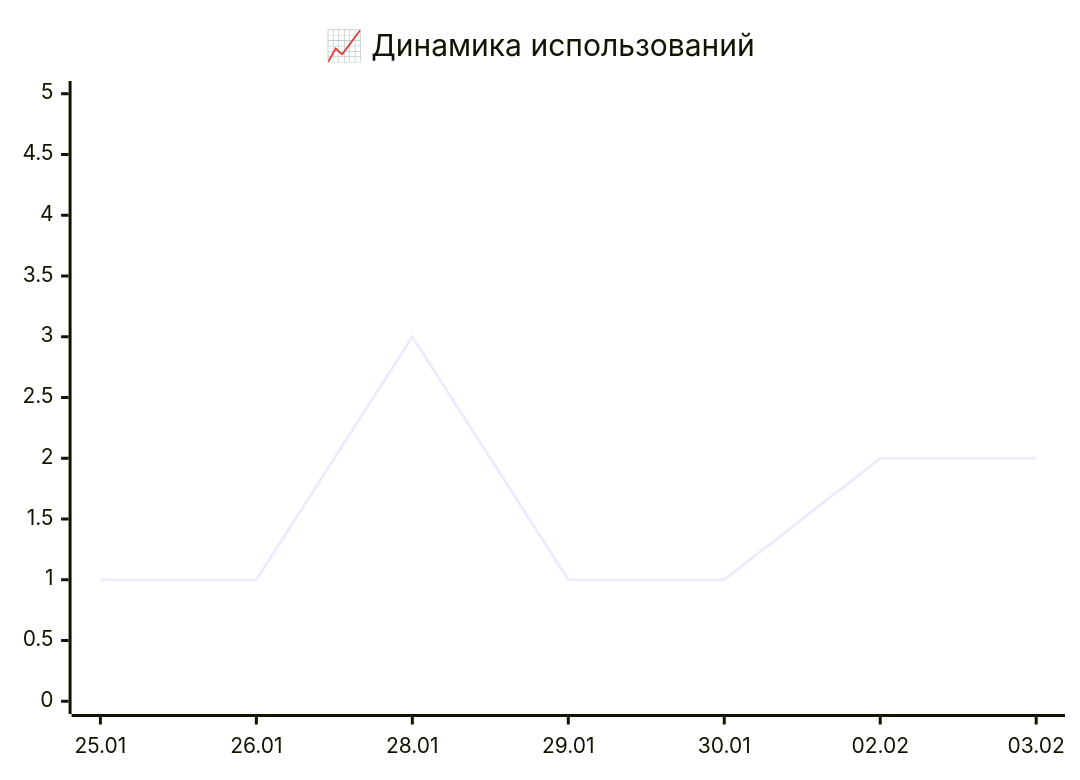
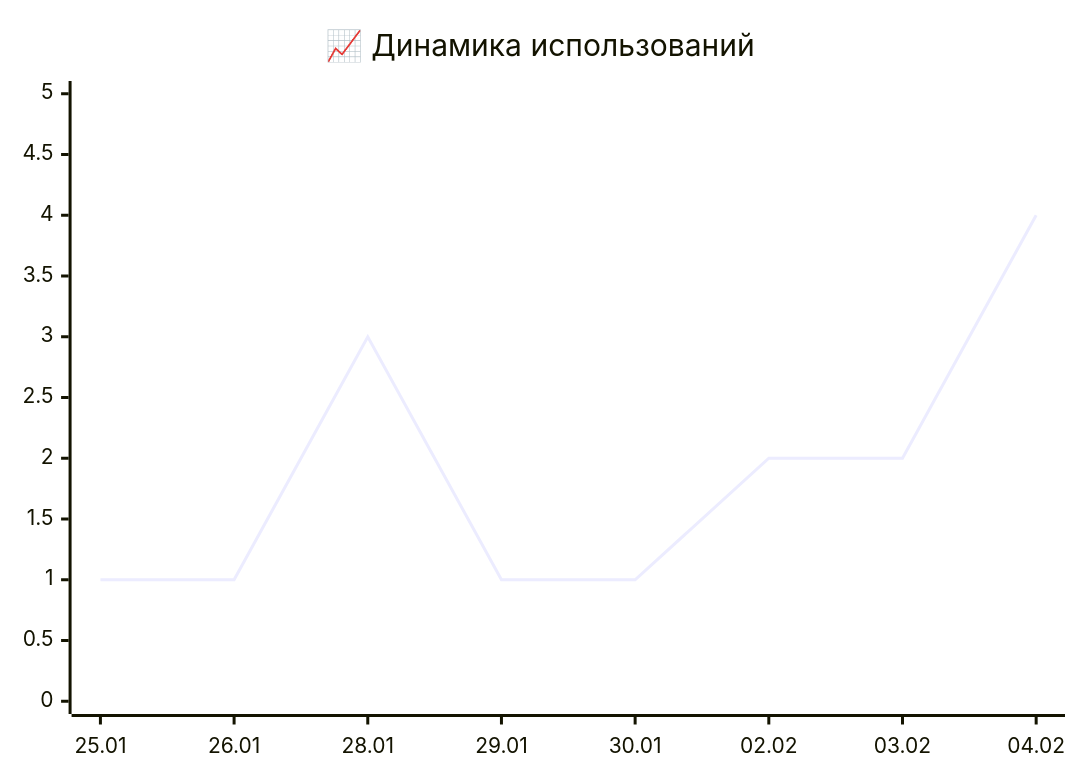
Before and after one commit to IliaKurdukov/the_security_curves: the first of 2 diagrams in README.md, drawn with Mermaid. The commit also changed other lines of this file, not shown here.

Commit message:
📊 Обновление аналитики 2026-02-05

````diff
--- a/README.md
+++ b/README.md
@@ -34,16 +34,16 @@
 ```mermaid
 %%{init: {'config': {
   'xychart': {
     'width': 400,
     'height': 300,
     'showDataLabel': true,
     'plotColorPalette': '#3572a5'
   }
 }}}%%
 xychart-beta
     title "📈 Динамика использований"
-    x-axis ["25.01", "26.01", "28.01", "29.01", "30.01", "02.02", "03.02"]
+    x-axis ["25.01", "26.01", "28.01", "29.01", "30.01", "02.02", "03.02", "04.02"]
     y-axis "" 0 --> 5
-    line [1, 1, 3, 1, 1, 2, 2]
+    line [1, 1, 3, 1, 1, 2, 2, 4]
 
 ```
````
